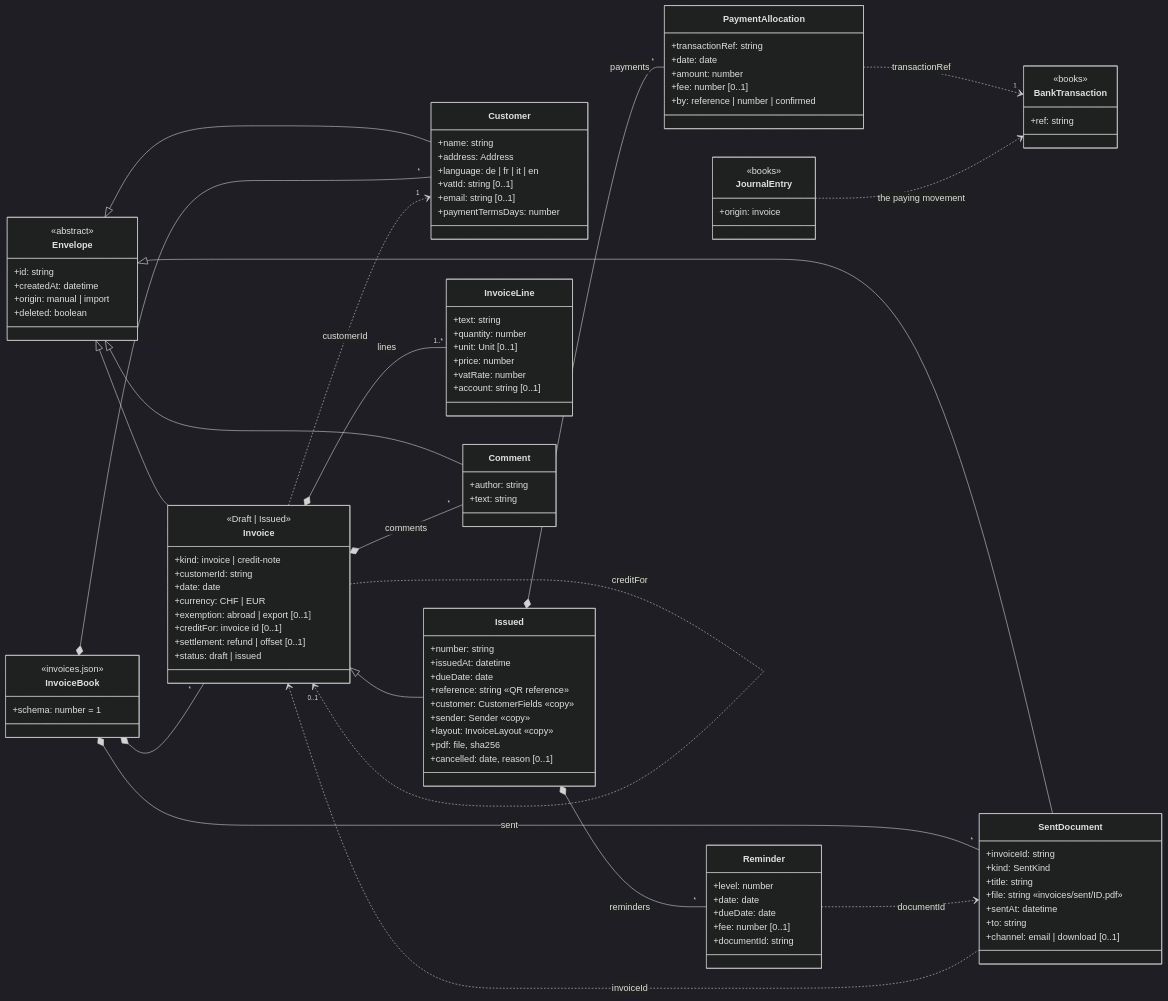
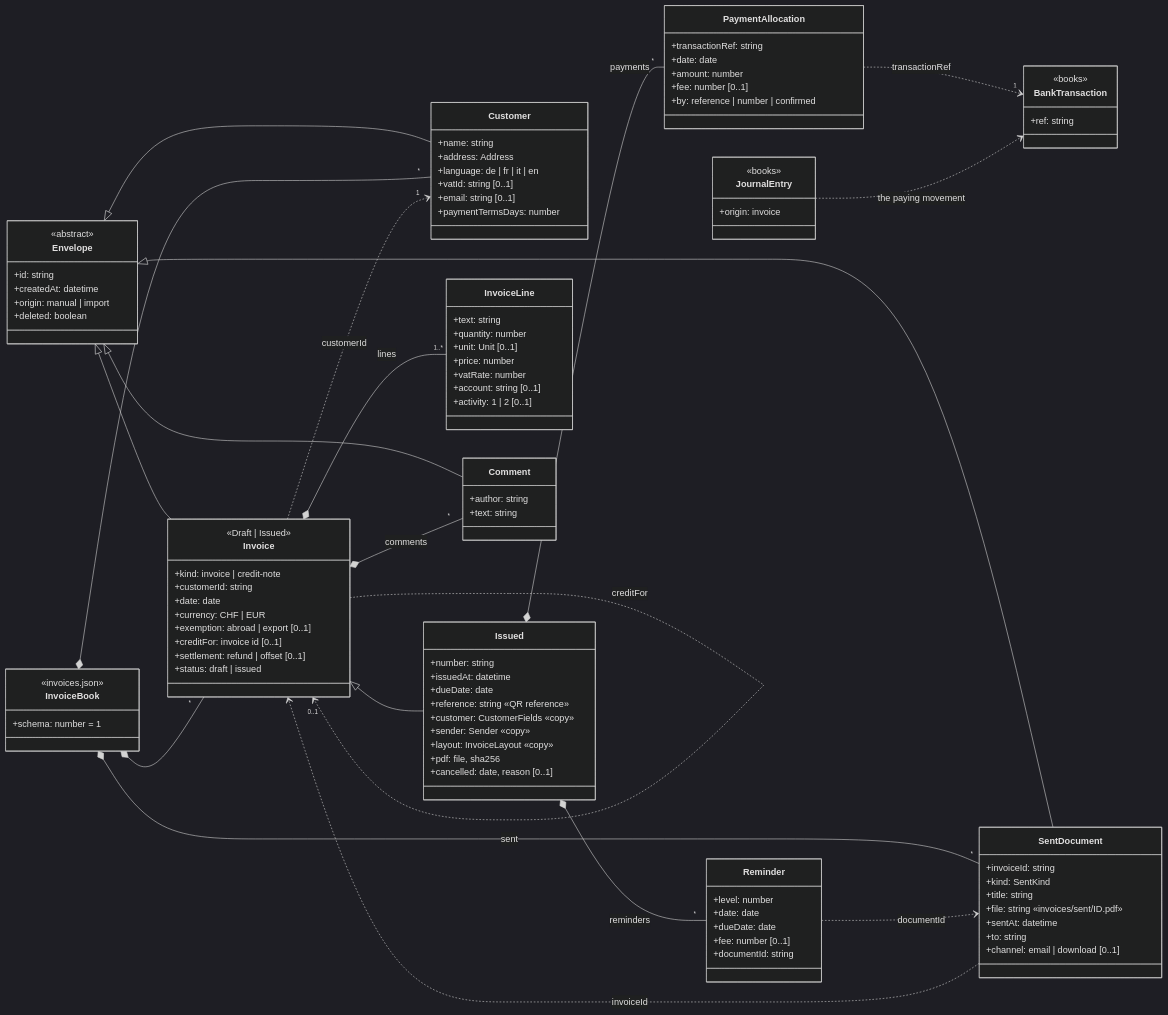
Before and after one commit to VanillaSystems/vanilla-accounting: the fifth of 6 diagrams in docs/data-model.md, drawn with Mermaid (dark theme). The commit also changed 23 other files, not shown here.

```diff
--- a/docs/data-model.md
+++ b/docs/data-model.md
@@ -779,6 +779,7 @@
     +price: number
     +vatRate: number
     +account: string [0..1]
+    +activity: 1 | 2 [0..1]
   }
   class PaymentAllocation {
     +transactionRef: string
```
